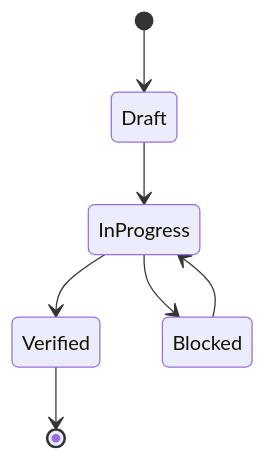
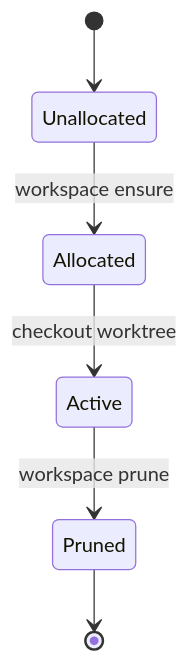
The second of 2 diagrams in .decapod/generated/specs/SEMANTICS.md (wizzense/decapod), drawn with Mermaid before and after one commit. The commit also changed other lines of this file and 8 other files, not shown here.

````diff
--- a/.decapod/generated/specs/SEMANTICS.md
+++ b/.decapod/generated/specs/SEMANTICS.md
@@ -4,9 +16,8 @@
 ```mermaid
 stateDiagram-v2
-  [*] --> Draft
-  Draft --> InProgress
-  InProgress --> Verified
-  InProgress --> Blocked
-  Blocked --> InProgress
-  Verified --> [*]
+  [*] --> Unallocated
+  Unallocated --> Allocated : workspace ensure
+  Allocated --> Active : checkout worktree
+  Active --> Pruned : workspace prune
+  Pruned --> [*]
 ```
````
